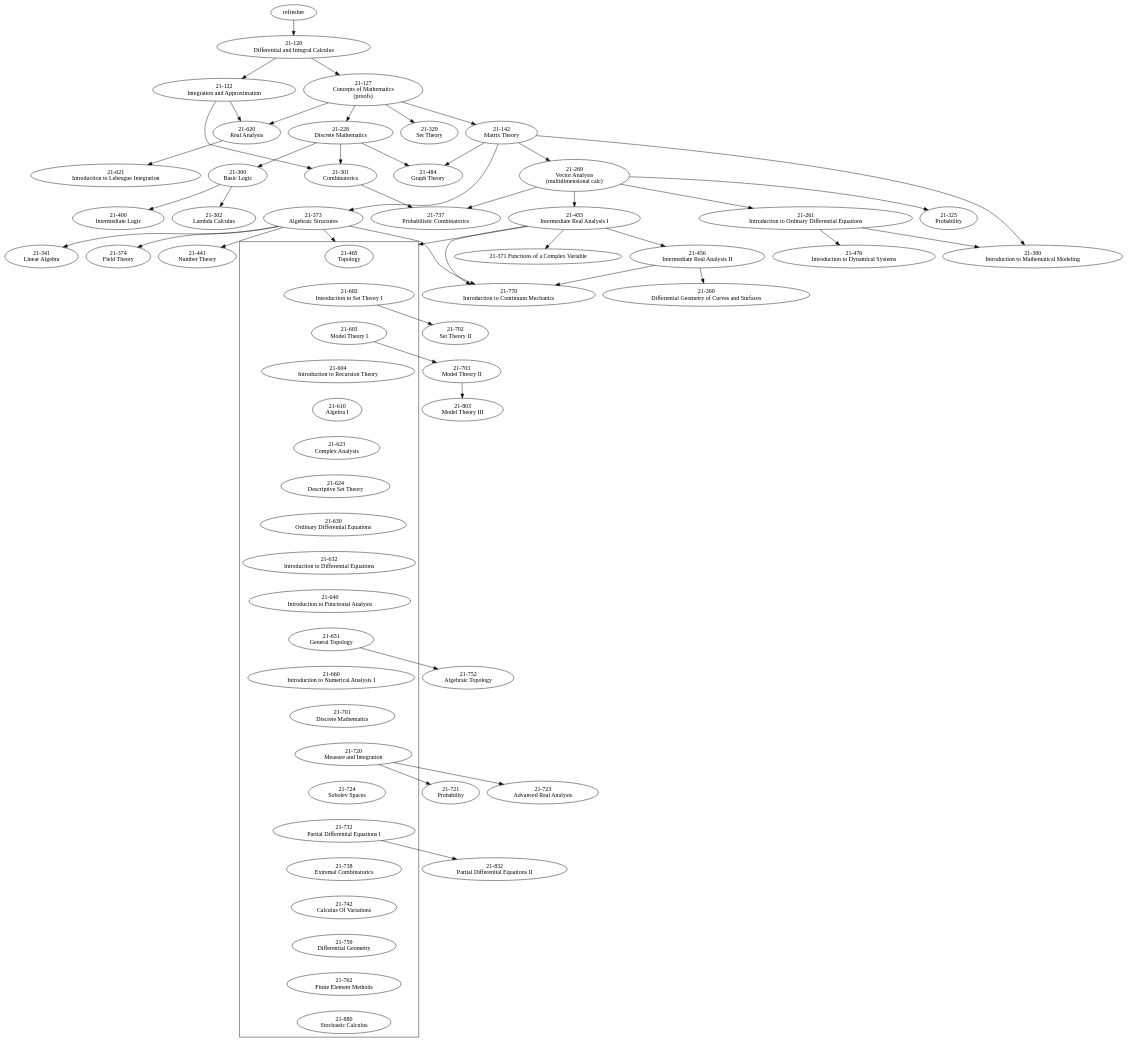
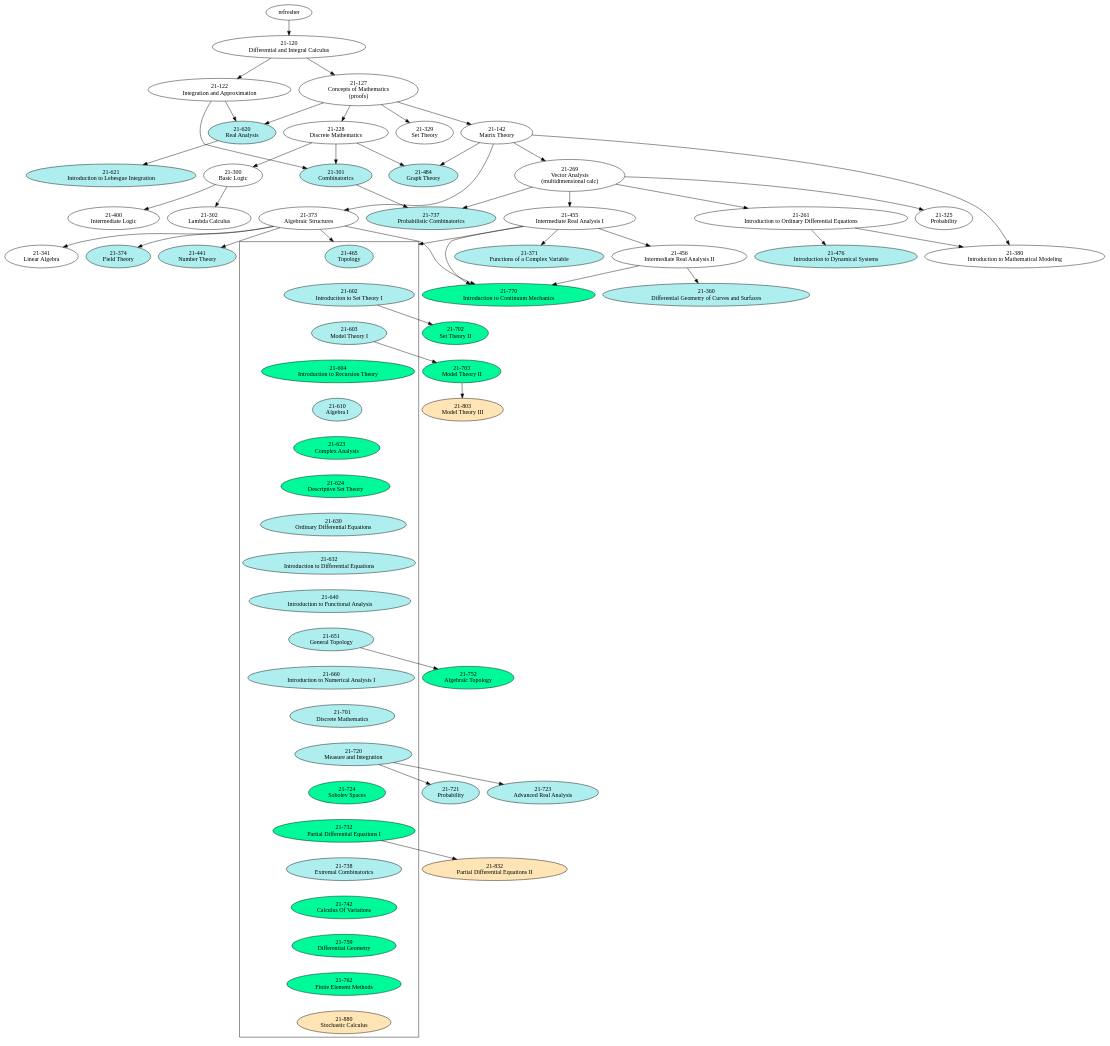
One commit to 00f2ff/math changed the diagram in learning-digraph/cmu-prereqs.dot. Above: the diagram before and after it, drawn with Graphviz. The commit also changed 1 other file, not shown here.

```diff
--- a/learning-digraph/cmu-prereqs.dot
+++ b/learning-digraph/cmu-prereqs.dot
@@ -1,190 +1,198 @@
 digraph prereqs {
     /*
     CMU math courses I think might be interesting to learn: 
         http://coursecatalog.web.cmu.edu/schools-colleges/melloncollegeofscience/departmentofmathematicalsciences/#coursestext
         contains more, but not listed in catalog: https://www.cmu.edu/math/grad/courses.html
     
+    Focus is mostly on pure math rather than statistics, operations or finance
+    
     Visualized using https://dreampuf.github.io/GraphvizOnline
+    
+    Notes:
+        - Commented out edges are redundant due to prereq path
+    
+    Color scheme:
+        - Black / no fill: undergraduate
+        - PaleTurquoise: undergraduate => graduate transition (aka advanced undgrad math electives)
+        - MediumSpringGreen: graduate
+        - Moccasin: doctoral
     */
     compound=true;
-    /*
-    Commented out edges are redundant due to prereq path
-    */
     refresher [label="refresher"]
     
     n120 [label="21-120\nDifferential and Integral Calculus"]
     refresher -> n120
     
     n122 [label="21-122\nIntegration and Approximation"]
     n120 -> n122
     
     n127 [label="21-127\nConcepts of Mathematics\n(proofs)"]
     n120 -> n127
     
     n228 [label="21-228\nDiscrete Mathematics"]
     n127 -> n228
     
     n300 [label="21-300\nBasic Logic"]
     n228 -> n300
     
     n302 [label="21-302\nLambda Calculus"]
     n300 -> n302
     
     n242 [label="21-142\nMatrix Theory"]
     n127 -> n242
     
     n269 [label="21-269\nVector Analysis\n(multidimensional calc)"]
     n242 -> n269
     
     n261 [label="21-261\nIntroduction to Ordinary Differential Equations"]
     n269 -> n261
     
     n325 [label="21-325\nProbability"]
     n269 -> n325
     
     n329 [label="21-329\nSet Theory"]
     n127 -> n329
     
     n373 [label="21-373\nAlgebraic Structures"]
     // n127 -> n373
     n242 -> n373
     
     n341 [label="21-341\nLinear Algebra"]
     n373 -> n341
     // n242 -> n341
     
     n455 [label="21-455\nIntermediate Real Analysis I"]
     n269 -> n455
     
     n456 [label="21-456\nIntermediate Real Analysis II"]
     n455 -> n456
     
-    n301 [label="21-301\nCombinatorics"]
+    n301 [label="21-301\nCombinatorics", style=filled, fillcolor=PaleTurquoise]
     n122 -> n301
     n228 -> n301
     
-    n360 [label="21-360\nDifferential Geometry of Curves and Surfaces"]
+    n360 [label="21-360\nDifferential Geometry of Curves and Surfaces", style=filled, fillcolor=PaleTurquoise]
     // n269 -> n360
     n456 -> n360
     
-    n371 [label="21-371 Functions of a Complex Variable"]
+    n371 [label="21-371\nFunctions of a Complex Variable", style=filled, fillcolor=PaleTurquoise]
     n455 -> n371
     // n269 -> n371
     
-    n374 [label="21-374\nField Theory"]
+    n374 [label="21-374\nField Theory", style=filled, fillcolor=PaleTurquoise]
     n373 -> n374
     
     n380 [label="21-380\nIntroduction to Mathematical Modeling"]
     n242 -> n380
     n261 -> n380
     
     n400 [label="21-400\nIntermediate Logic"]
     n300 -> n400
     
-    n441 [label="21-441\nNumber Theory"]
+    n441 [label="21-441\nNumber Theory", style=filled, fillcolor=PaleTurquoise]
     // n242 -> n441
     n373 -> n441
     
-    n476 [label="21-476\nIntroduction to Dynamical Systems"]
+    n476 [label="21-476\nIntroduction to Dynamical Systems", style=filled, fillcolor=PaleTurquoise]
     // n242 -> n476
     n261 -> n476
     
-    n484 [label="21-484\nGraph Theory"]
+    n484 [label="21-484\nGraph Theory", style=filled, fillcolor=PaleTurquoise]
     n228 -> n484
     n242 -> n484
     
-    n620 [label="21-620\nReal Analysis"]
+    n620 [label="21-620\nReal Analysis", style=filled, fillcolor=PaleTurquoise]
     n127 -> n620
     n122 -> n620
     
-    n621 [label="21-621\nIntroduction to Lebesgue Integration"]
+    n621 [label="21-621\nIntroduction to Lebesgue Integration", style=filled, fillcolor=PaleTurquoise]
     n620 -> n621
     
     
     subgraph cluster_n373_n455 {
         compound=true;
         rankdir="TB";
         edge[style=invis];
         
-        n465 [label="21-465\nTopology"]
+        n465 [label="21-465\nTopology", style=filled, fillcolor=PaleTurquoise]
 
-        n602 [label="21-602\nIntroduction to Set Theory I"]
+        n602 [label="21-602\nIntroduction to Set Theory I", style=filled, fillcolor=PaleTurquoise]
     
-        n603 [label="21-603\nModel Theory I"]
+        n603 [label="21-603\nModel Theory I", style=filled, fillcolor=PaleTurquoise]
         
-        n604 [label="21-604\nIntroduction to Recursion Theory"]
+        n604 [label="21-604\nIntroduction to Recursion Theory", style=filled, fillcolor=MediumSpringGreen]
         
-        n610 [label="21-610\nAlgebra I"]
+        n610 [label="21-610\nAlgebra I", style=filled, fillcolor=PaleTurquoise]
         
-        n623 [label="21-623\nComplex Analysis"]
+        n623 [label="21-623\nComplex Analysis", style=filled, fillcolor=MediumSpringGreen]
         
-        n624 [label="21-624\nDescriptive Set Theory"]
+        n624 [label="21-624\nDescriptive Set Theory", style=filled, fillcolor=MediumSpringGreen]
         
-        n630 [label="21-630\nOrdinary Differential Equations"]
+        n630 [label="21-630\nOrdinary Differential Equations", style=filled, fillcolor=PaleTurquoise]
     
-        n632 [label="21-632\nIntroduction to Differential Equations"]
+        n632 [label="21-632\nIntroduction to Differential Equations", style=filled, fillcolor=PaleTurquoise]
         
-        n640 [label="21-640\nIntroduction to Functional Analysis"]
+        n640 [label="21-640\nIntroduction to Functional Analysis", style=filled, fillcolor=PaleTurquoise]
         
-        n651 [label="21-651\nGeneral Topology"]
+        n651 [label="21-651\nGeneral Topology", style=filled, fillcolor=PaleTurquoise]
         
-        n660 [label="21-660\nIntroduction to Numerical Analysis I"]
+        n660 [label="21-660\nIntroduction to Numerical Analysis I", style=filled, fillcolor=PaleTurquoise]
         
-        n701 [label="21-701\nDiscrete Mathematics"]
+        n701 [label="21-701\nDiscrete Mathematics", style=filled, fillcolor=PaleTurquoise]
         
-        n720 [label="21-720\nMeasure and Integration"]
+        n720 [label="21-720\nMeasure and Integration", style=filled, fillcolor=PaleTurquoise]
         
-        n724 [label="21-724\nSobolev Spaces"]
+        n724 [label="21-724\nSobolev Spaces", style=filled, fillcolor=MediumSpringGreen]
         
-        n732 [label="21-732\nPartial Differential Equations I"]
+        n732 [label="21-732\nPartial Differential Equations I", style=filled, fillcolor=MediumSpringGreen]
         
-        n738 [label="21-738\nExtremal Combinatorics"]
+        n738 [label="21-738\nExtremal Combinatorics", style=filled, fillcolor=PaleTurquoise]
         
-        n742 [label="21-742\nCalculus Of Variations"]
+        n742 [label="21-742\nCalculus Of Variations", style=filled, fillcolor=MediumSpringGreen]
         
-        n759 [label="21-759\nDifferential Geometry"]
+        n759 [label="21-759\nDifferential Geometry", style=filled, fillcolor=MediumSpringGreen]
         
-        n762 [label="21-762\nFinite Element Methods"]
+        n762 [label="21-762\nFinite Element Methods", style=filled, fillcolor=MediumSpringGreen]
         
-        n880 [label="21-880\nStochastic Calculus"]
+        n880 [label="21-880\nStochastic Calculus", style=filled, fillcolor=Moccasin]
         
         n465 -> n602 -> n603 -> n604 -> n610 -> n623 -> n624 -> n630 -> n632 -> n640
         n640 -> n651 -> n660 -> n701
         n701 -> n720 -> n724 -> n732 -> n738 -> n742 -> n759 -> n762 -> n880
         
     }
     
     n455 -> n465 [lhead="cluster_n373_n455"]
     n373 -> n465 [lhead="cluster_n373_n455"]
     
-    n702 [label="21-702\nSet Theory II"]
+    n702 [label="21-702\nSet Theory II", style=filled, fillcolor=MediumSpringGreen]
     n602 -> n702
     
-    n703 [label="21-703\nModel Theory II"]
+    n703 [label="21-703\nModel Theory II", style=filled, fillcolor=MediumSpringGreen]
     n603 -> n703
     
-    n721 [label="21-721\nProbability"]
+    n721 [label="21-721\nProbability", style=filled, fillcolor=PaleTurquoise]
     n720 -> n721
     
-    n723 [label="21-723\nAdvanced Real Analysis"]
+    n723 [label="21-723\nAdvanced Real Analysis", style=filled, fillcolor=PaleTurquoise]
     n720 -> n723
     
-    n737 [label="21-737\nProbabilistic Combinatorics"]
+    n737 [label="21-737\nProbabilistic Combinatorics", style=filled, fillcolor=PaleTurquoise]
     n301 -> n737
     n269 -> n737
     
-    n752 [label="21-752\nAlgebraic Topology"]
+    n752 [label="21-752\nAlgebraic Topology", style=filled, fillcolor=MediumSpringGreen]
     n651 -> n752
     
-    n770 [label="21-770\nIntroduction to Continuum Mechanics"]
+    n770 [label="21-770\nIntroduction to Continuum Mechanics", style=filled, fillcolor=MediumSpringGreen]
     n455 -> n770
     n373 -> n770
     n456 -> n770
     
-    n803 [label="21-803\nModel Theory III"]
+    n803 [label="21-803\nModel Theory III", style=filled, fillcolor=Moccasin]
     n703 -> n803
     
-    n832 [label="21-832\nPartial Differential Equations II"]
+    n832 [label="21-832\nPartial Differential Equations II", style=filled, fillcolor=Moccasin]
     n732 -> n832
     
 }
```
